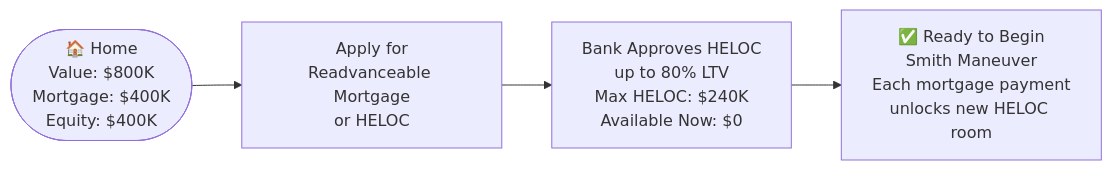
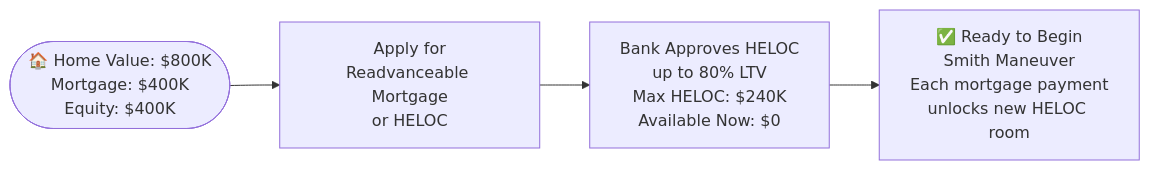
The second of 7 diagrams in README.md (latetedemelon/SmitheManeuver), drawn with Mermaid before and after one commit. The commit also changed other lines of this file, not shown here.

```diff
--- a/README.md
+++ b/README.md
@@ -717,6 +415,6 @@
       <div class="mermaid">
 flowchart LR
-    A([🏠 Home\nValue: $800K\nMortgage: $400K\nEquity: $400K]) --> B[Apply for\nReadvanceable Mortgage\nor HELOC]
+    A([🏠 Home Value: $800K\nMortgage: $400K\nEquity: $400K]) --> B[Apply for\nReadvanceable Mortgage\nor HELOC]
     B --> C[Bank Approves HELOC\nup to 80% LTV\nMax HELOC: $240K\nAvailable Now: $0]
     C --> D[✅ Ready to Begin\nSmith Maneuver\nEach mortgage payment\nunlocks new HELOC room]
       </div>
```
